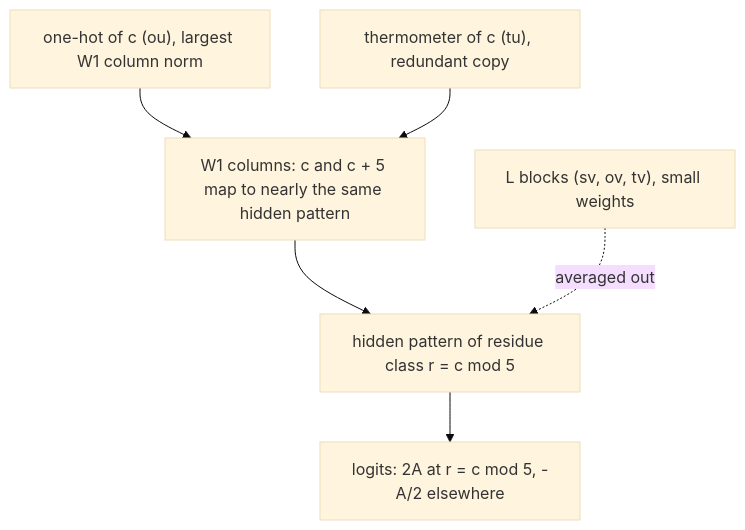
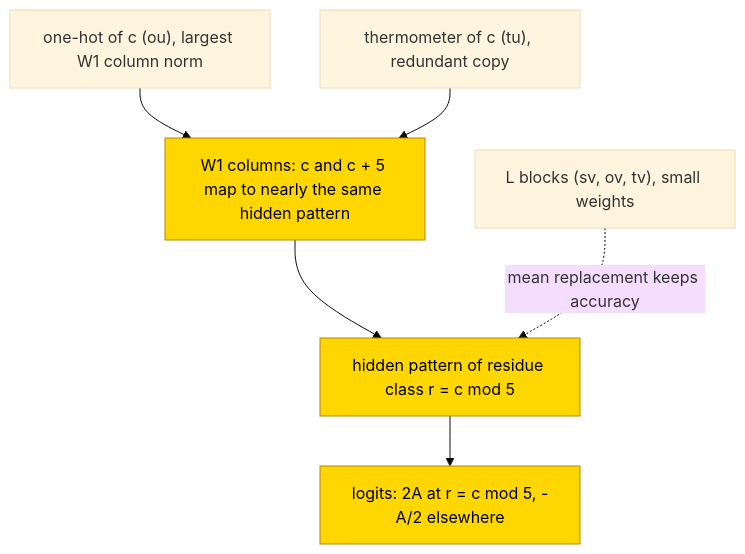
Before and after one commit to jc1122/mechanistic-interpretability-circuit-atlas: the second of 2 diagrams in entries/count-mod-5.md, drawn with Mermaid (base theme). The commit also changed other lines of this file and 54 other files, not shown here.

````diff
--- a/entries/count-mod-5.md
+++ b/entries/count-mod-5.md
@@ -179,8 +193,10 @@
 ```mermaid
 flowchart TD
     OU["one-hot of c (ou), largest W1 column norm"] --> W["W1 columns: c and c + 5 map to nearly the same hidden pattern"]
     TU["thermometer of c (tu), redundant copy"] --> W
     W --> H["hidden pattern of residue class r = c mod 5"]
     H --> Y["logits: 2A at r = c mod 5, -A/2 elsewhere"]
-    L["L blocks (sv, ov, tv), small weights"] -.->|"averaged out"| H
+    L["L blocks (sv, ov, tv), small weights"] -.->|"mean replacement keeps accuracy"| H
+    classDef trained fill:gold,stroke:darkgoldenrod,color:black
+    class W,H,Y trained
 ```
````
